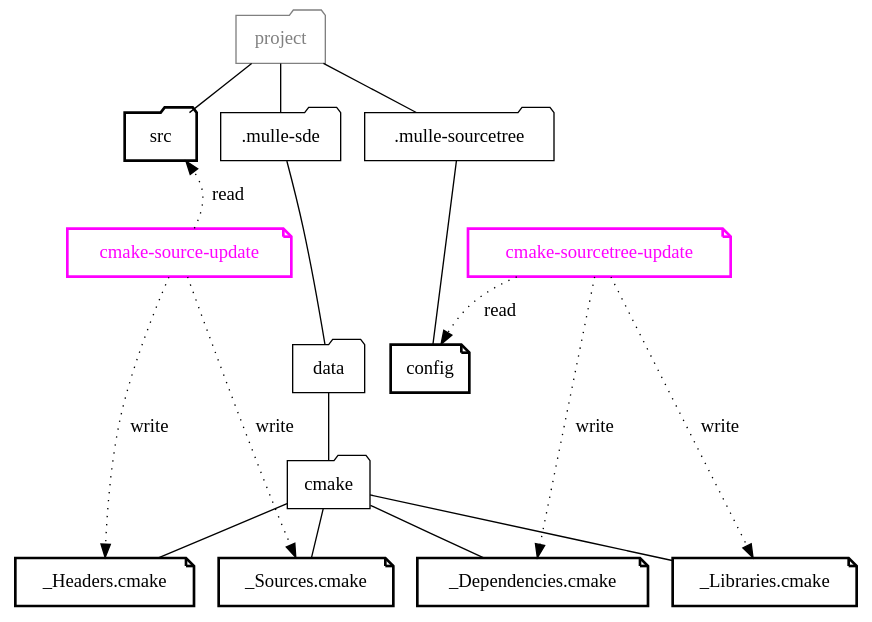
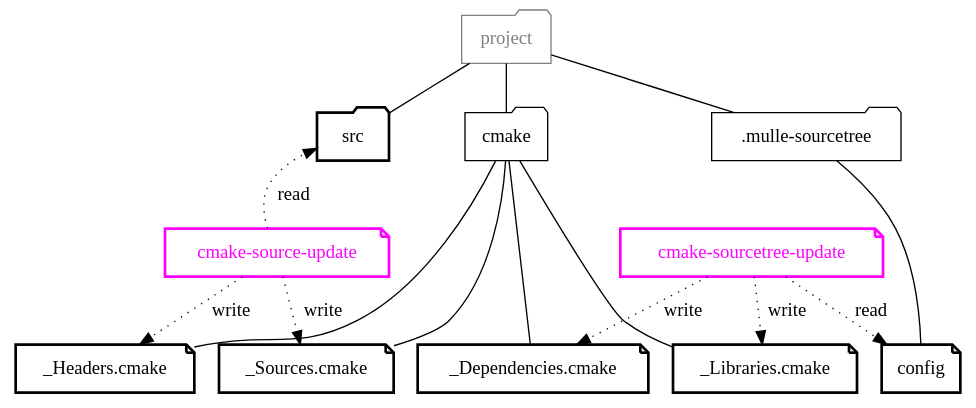
One commit to mulle-sde/mulle-sde-developer changed the diagram in dox/mulle-sde-update-fs.dot. Above: the diagram before and after it, drawn with Graphviz. The commit also changed 16 other files, not shown here.

```diff
--- a/dox/mulle-sde-update-fs.dot
+++ b/dox/mulle-sde-update-fs.dot
@@ -1,63 +1,51 @@
 digraph G {
     graph [rankdir = TD];
 
     node[ shape="folder"] ;
 
     "project"          [ color="gray", fontcolor="gray" ]
 
     "src"  [ penwidth="2"]
-    "data"
     "cmake"
-    ".mulle-sde"
     ".mulle-sourcetree"
 
     node[ shape="note", penwidth="2"]
 
-    "config"
-    "_Headers.cmake"
-    "_Sources.cmake"
-    "_Dependencies.cmake"
-    "_Libraries.cmake"
-
     { rank = same;  "project" };
-    { rank = same;  "src", ".mulle-sde", ".mulle-sourcetree" }
-    { rank = same;  "data", "config" }
-    { rank = same;  "cmake" }
+    { rank = same;  "src", "cmake", ".mulle-sourcetree" }
+    { rank = same;  "config" }
     { rank = same;  "_Headers.cmake","_Sources.cmake",
                     "_Dependencies.cmake","_Libraries.cmake"  }
 
 
     edge [ arrowhead="none", color="black", style="" ]
 
     ".mulle-sourcetree" -> "config"
     "project" -> "src"
     "project" -> ".mulle-sourcetree"
-    "project" -> ".mulle-sde"
-    ".mulle-sde" -> "data"
-    "data"    -> "cmake"
+    "project" -> "cmake"
 
     "cmake" -> "_Headers.cmake"
     "cmake" -> "_Sources.cmake"
     "cmake" -> "_Dependencies.cmake"
     "cmake" -> "_Libraries.cmake"
 
     edge [ arrowhead="", style="dotted", label=" write"]
 
     "cmake-source-update"     -> "_Headers.cmake"
     "cmake-source-update"     -> "_Sources.cmake"
     "cmake-sourcetree-update" -> "_Dependencies.cmake"
     "cmake-sourcetree-update" -> "_Libraries.cmake"
 
     "cmake-source-update"     [ color="magenta", fontcolor="magenta" ]
     "cmake-sourcetree-update" [ color="magenta", fontcolor="magenta" ]
 
     "src"    -> "cmake-source-update"     [ style="invis"]
-    "config" -> "cmake-source-update"  [ style="invis"]
 
     edge [ arrowhead="", style="dotted", label=" read"]
 
     "cmake-source-update"     -> "src"
     "cmake-sourcetree-update" -> "config"
 
     { rank = same;  "cmake-source-update", "cmake-sourcetree-update"  };
 }
```
